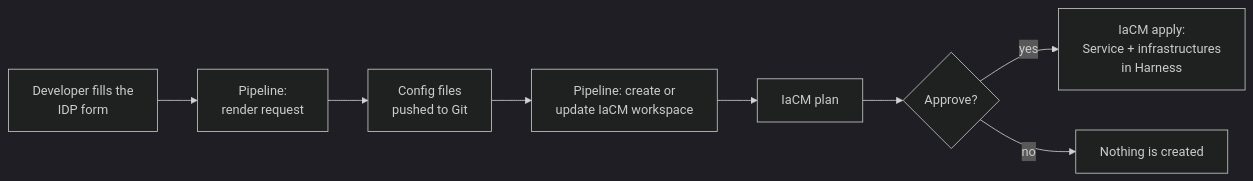
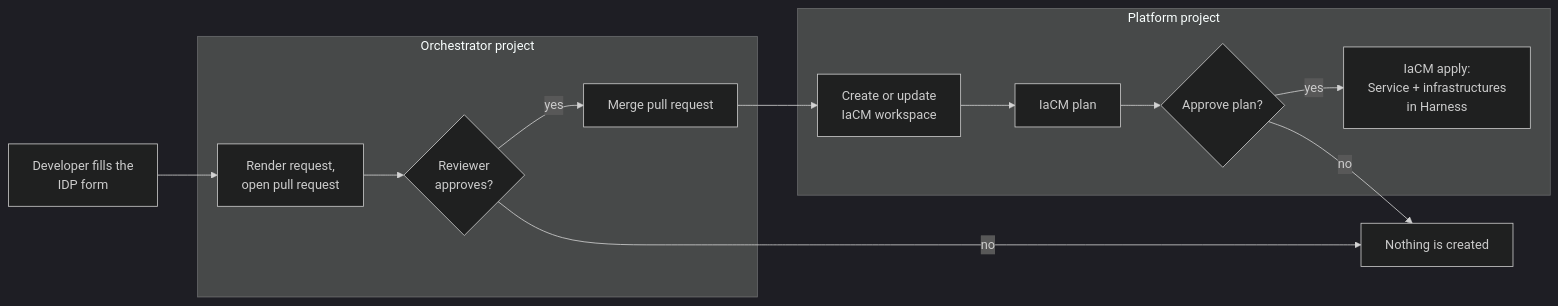
Before and after one commit to harness-landing-zone/harness-idp-service-request: the diagram in README.md, drawn with Mermaid (dark theme). The commit also changed other lines of this file and 3 other files, not shown here.

````diff
--- a/README.md
+++ b/README.md
@@ -41,10 +43,23 @@
 ```mermaid
 flowchart LR
-    A[Developer fills the<br/>IDP form] --> B[Pipeline:<br/>render request]
-    B --> C[Config files<br/>pushed to Git]
-    C --> D[Pipeline: create or<br/>update IaCM workspace]
-    D --> E[IaCM plan]
-    E --> F{Approve?}
-    F -- yes --> G[IaCM apply:<br/>Service + infrastructures<br/>in Harness]
-    F -- no --> H[Nothing is created]
+    A[Developer fills the<br/>IDP form] --> B[Render request,<br/>open pull request]
+    B --> C{Reviewer<br/>approves?}
+    C -- no --> X[Nothing is created]
+    C -- yes --> D[Merge pull request]
+    D --> E[Create or update<br/>IaCM workspace]
+    E --> F[IaCM plan]
+    F --> G{Approve plan?}
+    G -- yes --> H[IaCM apply:<br/>Service + infrastructures<br/>in Harness]
+    G -- no --> X
+    subgraph Orchestrator project
+      B
+      C
+      D
+    end
+    subgraph Platform project
+      E
+      F
+      G
+      H
+    end
 ```
````
